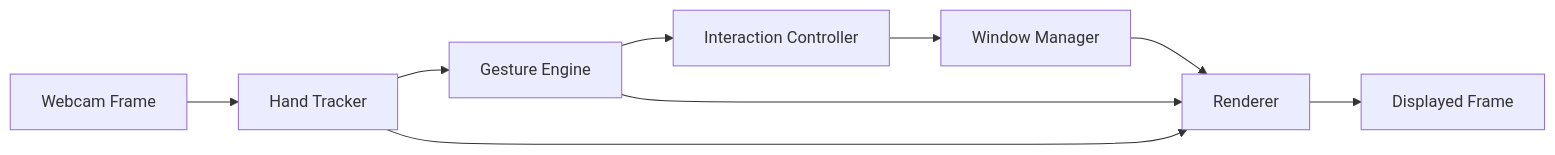
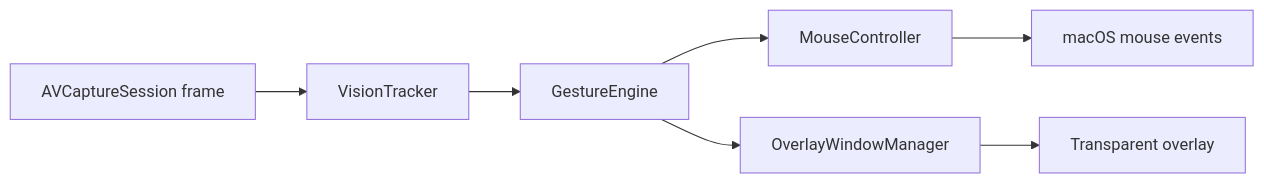
Before and after one commit to optimusbuilder/AirDesk: the diagram in README.md, drawn with Mermaid. The commit also changed other lines of this file and 49 other files, not shown here.

````diff
--- a/README.md
+++ b/README.md
@@ -117,11 +71,9 @@
 ```mermaid
 flowchart LR
-    A["Webcam Frame"] --> B["Hand Tracker"]
-    B --> C["Gesture Engine"]
-    C --> D["Interaction Controller"]
-    D --> E["Window Manager"]
-    E --> F["Renderer"]
-    B --> F
-    C --> F
-    F --> G["Displayed Frame"]
+    A["AVCaptureSession frame"] --> B["VisionTracker"]
+    B --> C["GestureEngine"]
+    C --> D["MouseController"]
+    C --> E["OverlayWindowManager"]
+    D --> F["macOS mouse events"]
+    E --> G["Transparent overlay"]
 ```
````
